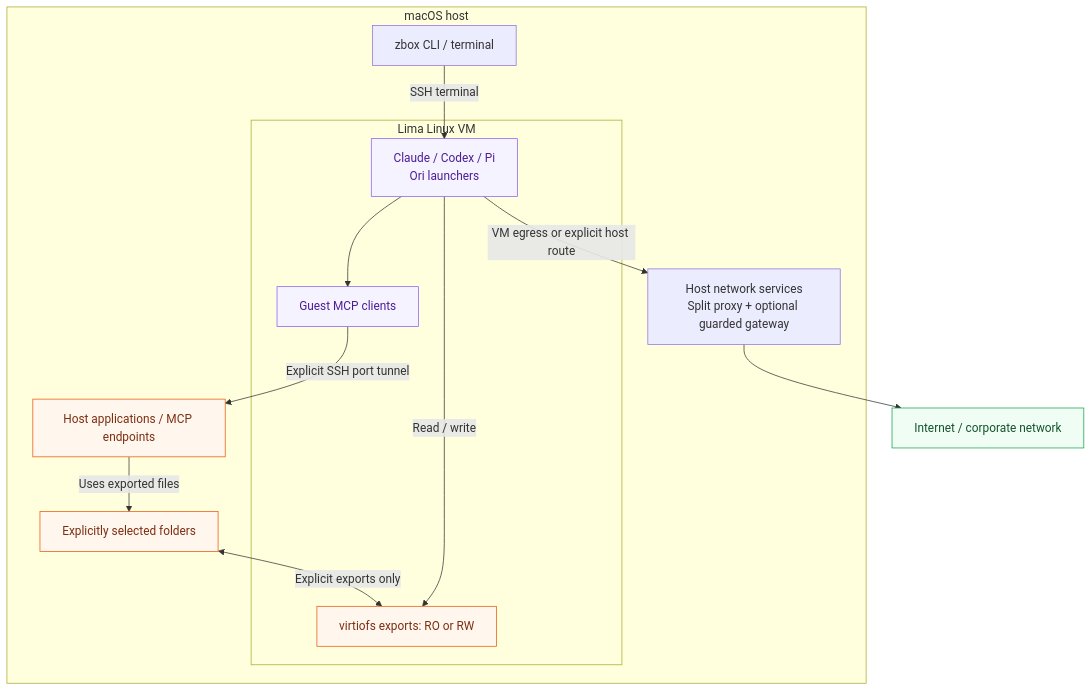
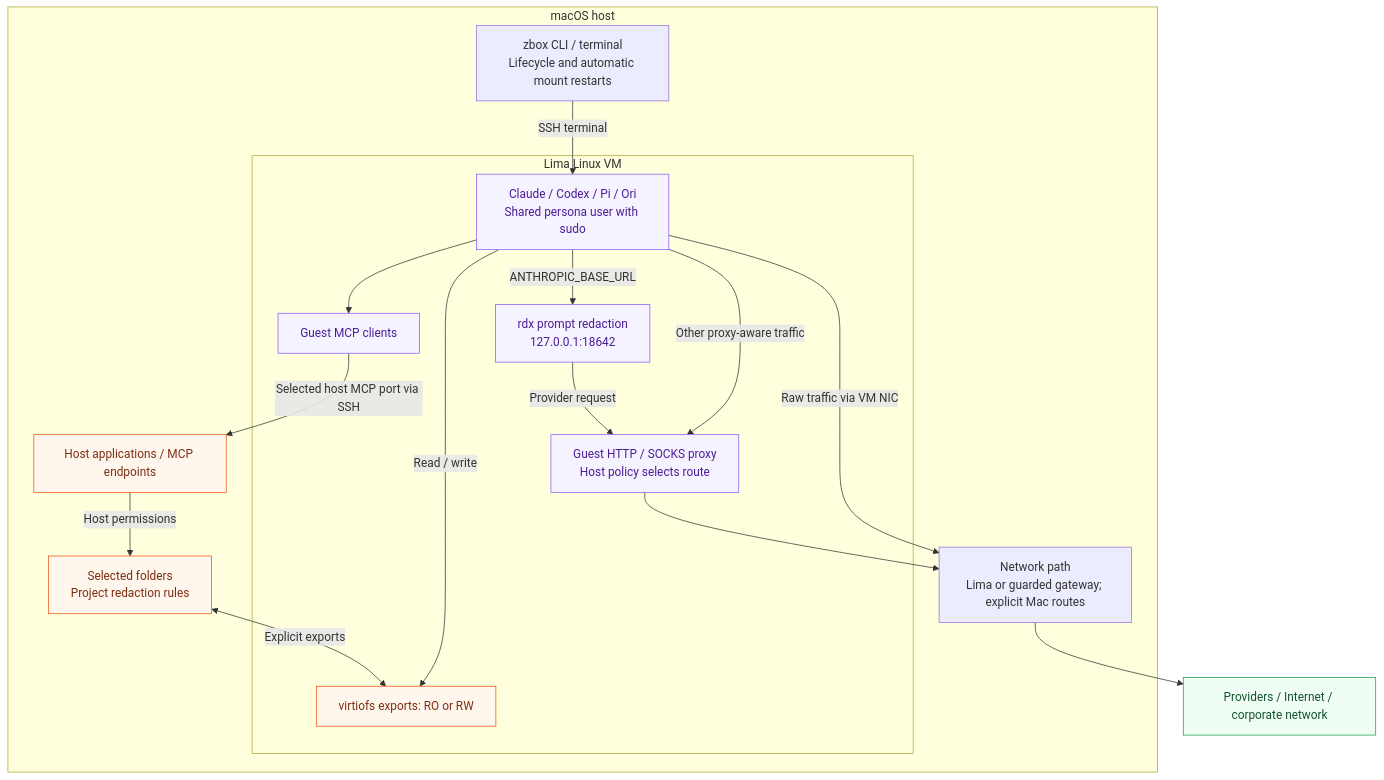
One commit to capitanbanana/zbox changed the diagram in docs/diagrams/architecture.mmd. Above: the diagram before and after it, drawn with Mermaid. The commit also changed 7 other files, not shown here.

Commit message:
Update architecture and startup diagrams

```diff
--- a/docs/diagrams/architecture.mmd
+++ b/docs/diagrams/architecture.mmd
@@ -1,28 +1,34 @@
 flowchart TB
   accTitle: Host and VM architecture
-  accDescr: Agents run in a Lima VM with explicit host folder exports, host MCP ports, and network services.
+  accDescr: Agents share a generated persona in a Lima VM. Host exports and MCP ports are explicit. Anthropic-compatible requests using the configured base URL pass through the guest rdx proxy before normal routing.
   subgraph MAC["macOS host"]
-    CLI["zbox CLI / terminal"]
-    FILES["Explicitly selected folders"]
+    CLI["zbox CLI / terminal<br/>Lifecycle and automatic mount restarts"]
+    FILES["Selected folders<br/>Project redaction rules"]
     HOSTAPP["Host applications / MCP endpoints"]
     subgraph VM["Lima Linux VM"]
-      AGENT["Claude / Codex / Pi<br/>Ori launchers"]
+      AGENT["Claude / Codex / Pi / Ori<br/>Shared persona user with sudo"]
       MOUNT["virtiofs exports: RO or RW"]
       MCP["Guest MCP clients"]
+      RDX["rdx prompt redaction<br/>127.0.0.1:18642"]
+      PROXY["Guest HTTP / SOCKS proxy<br/>Host policy selects route"]
     end
-    NET["Host network services<br/>Split proxy + optional guarded gateway"]
+    NET["Network path<br/>Lima or guarded gateway; explicit Mac routes"]
     CLI -->|"SSH terminal"| AGENT
-    FILES <-->|"Explicit exports only"| MOUNT
+    FILES <-->|"Explicit exports"| MOUNT
     AGENT -->|"Read / write"| MOUNT
     AGENT --> MCP
-    MCP -->|"Explicit SSH port tunnel"| HOSTAPP
-    HOSTAPP -->|"Uses exported files"| FILES
-    AGENT -->|"VM egress or explicit host route"| NET
+    MCP -->|"Selected host MCP port via SSH"| HOSTAPP
+    HOSTAPP -->|"Host permissions"| FILES
+    AGENT -->|"ANTHROPIC_BASE_URL"| RDX
+    RDX -->|"Provider request"| PROXY
+    AGENT -->|"Other proxy-aware traffic"| PROXY
+    PROXY --> NET
+    AGENT -->|"Raw traffic via VM NIC"| NET
   end
-  NET --> REMOTE["Internet / corporate network"]
+  NET --> REMOTE["Providers / Internet / corporate network"]
   classDef grant fill:#fff7ed,stroke:#ea580c,color:#7c2d12
   classDef guest fill:#f5f3ff,stroke:#8b5cf6,color:#4c1d95
   classDef external fill:#f0fdf4,stroke:#16a34a,color:#14532d
   class FILES,HOSTAPP,MOUNT grant
-  class AGENT,MCP guest
+  class AGENT,MCP,RDX,PROXY guest
   class REMOTE external
```
